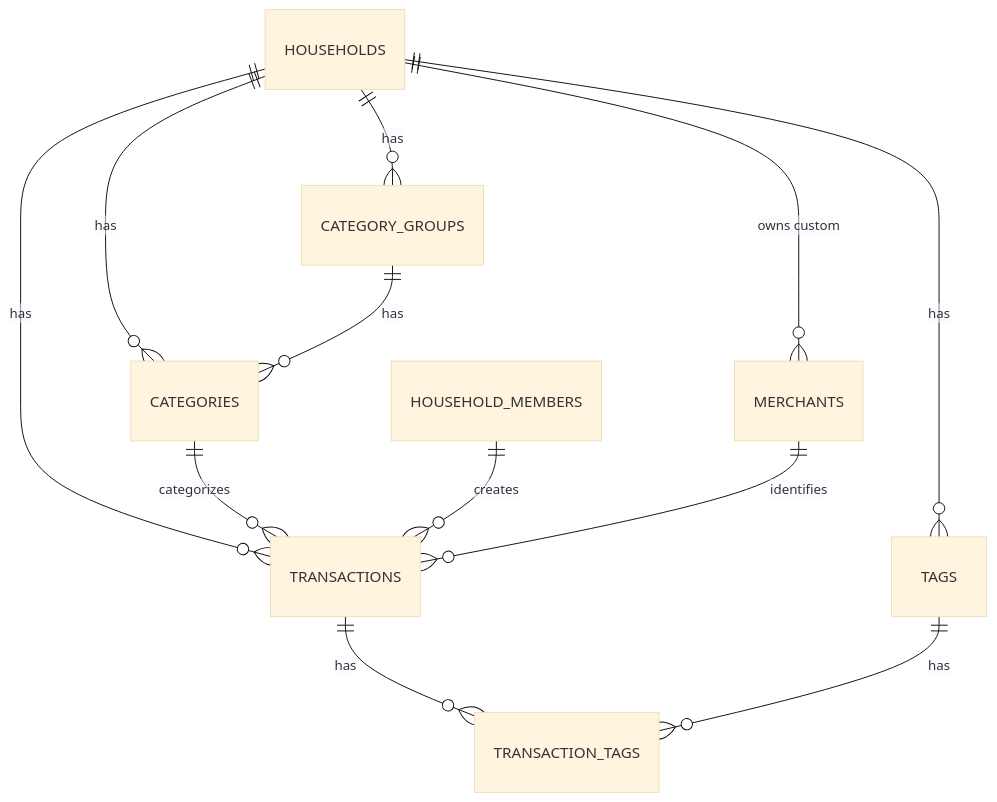
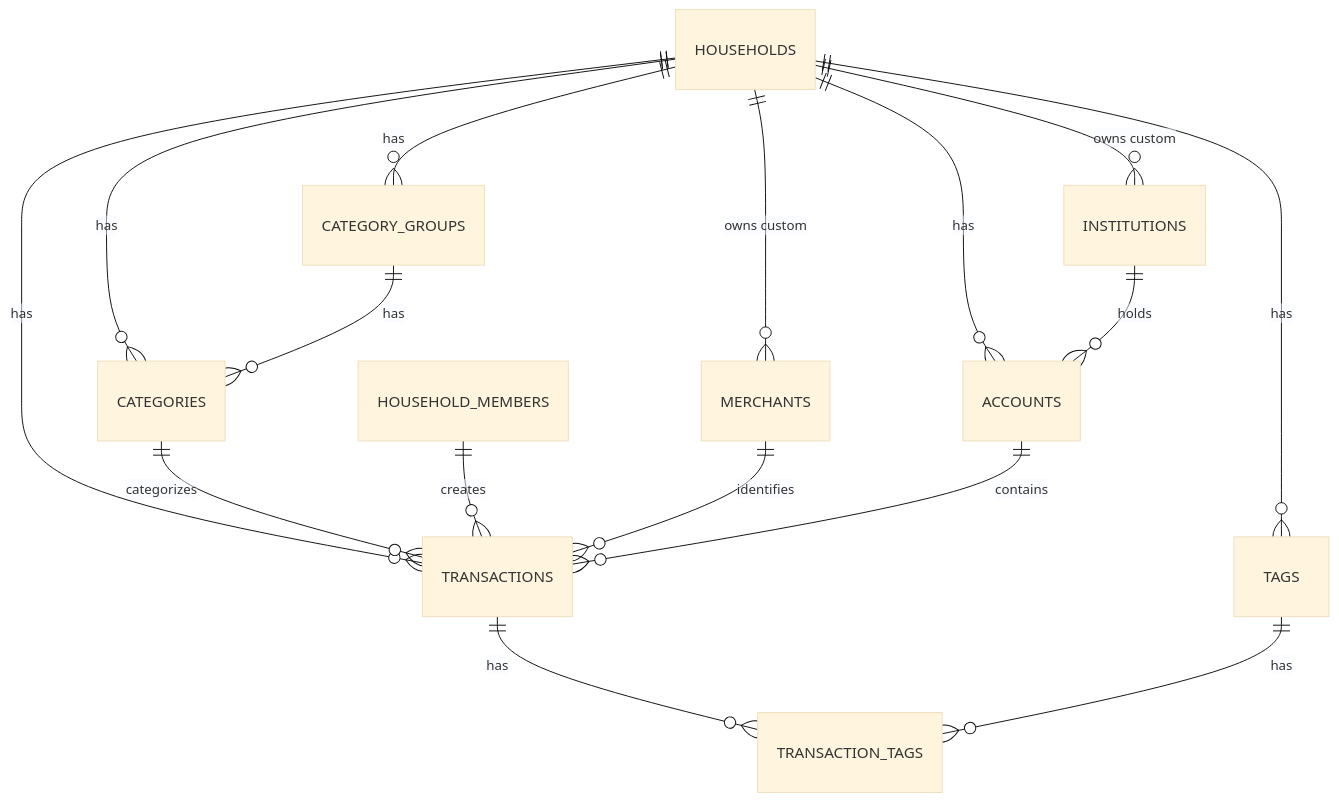
Before and after one commit to samuel-duhaime/firebird-money: the second of 2 diagrams in README.md, drawn with Mermaid (base theme). The commit also changed other lines of this file and 29 other files, not shown here.

First line of the commit message:
Add institutions and accounts, and replace transactions.account with account_id

````diff
--- a/README.md
+++ b/README.md
@@ -239,14 +259,18 @@
 ```mermaid
 erDiagram
     HOUSEHOLDS ||--o{ CATEGORY_GROUPS : has
     HOUSEHOLDS ||--o{ CATEGORIES : has
     CATEGORY_GROUPS ||--o{ CATEGORIES : has
     HOUSEHOLDS ||--o{ TRANSACTIONS : has
     CATEGORIES ||--o{ TRANSACTIONS : categorizes
     HOUSEHOLD_MEMBERS ||--o{ TRANSACTIONS : creates
     MERCHANTS ||--o{ TRANSACTIONS : identifies
     HOUSEHOLDS ||--o{ MERCHANTS : "owns custom"
+    HOUSEHOLDS ||--o{ INSTITUTIONS : "owns custom"
+    HOUSEHOLDS ||--o{ ACCOUNTS : has
+    INSTITUTIONS ||--o{ ACCOUNTS : holds
+    ACCOUNTS ||--o{ TRANSACTIONS : contains
     HOUSEHOLDS ||--o{ TAGS : has
     TRANSACTIONS ||--o{ TRANSACTION_TAGS : has
     TAGS ||--o{ TRANSACTION_TAGS : has
 ```
````
